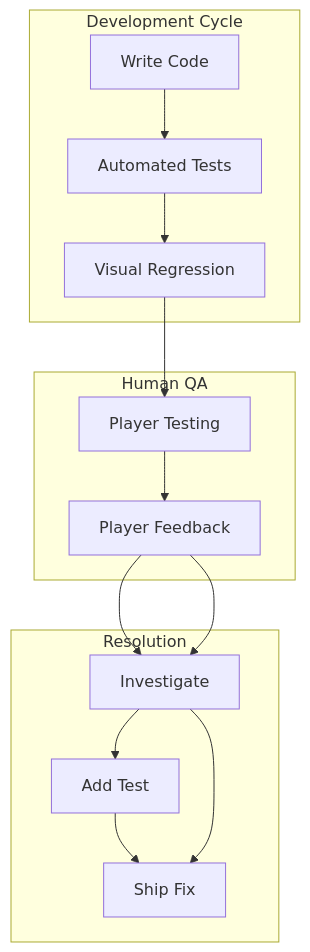
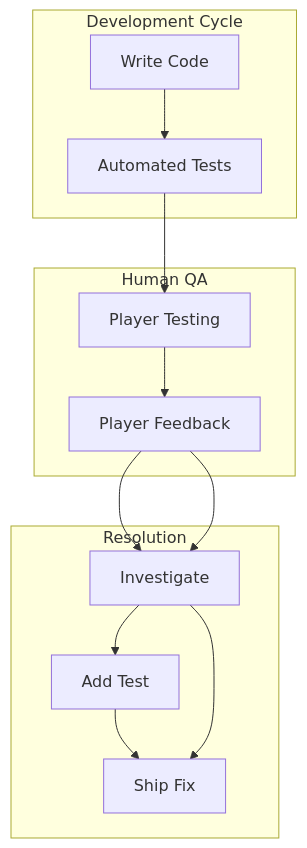
One commit to mtomcal/stick-rumble changed the fourth of 5 diagrams in docs/TESTING-STRATEGY.md. Above: the diagram before and after it, drawn with Mermaid. The commit also changed other lines of this file and 74 other files, not shown here.

First line of the commit message:
chore: Remove Playwright visual regression testing infrastructure

````diff
--- a/docs/TESTING-STRATEGY.md
+++ b/docs/TESTING-STRATEGY.md
@@ -483,24 +281,23 @@
 ```mermaid
 flowchart TB
     subgraph Development["Development Cycle"]
         Code["Write Code"]
         Auto["Automated Tests"]
-        Visual["Visual Regression"]
     end
 
     subgraph QA["Human QA"]
         Play["Player Testing"]
         Feedback["Player Feedback"]
     end
 
     subgraph Fix["Resolution"]
         Investigate["Investigate"]
         NewTest["Add Test"]
         Ship["Ship Fix"]
     end
 
-    Code --> Auto --> Visual --> Play
+    Code --> Auto --> Play
     Play --> Feedback
     Feedback --> Investigate --> NewTest --> Ship
     Feedback --> Investigate --> Ship
 ```
````
